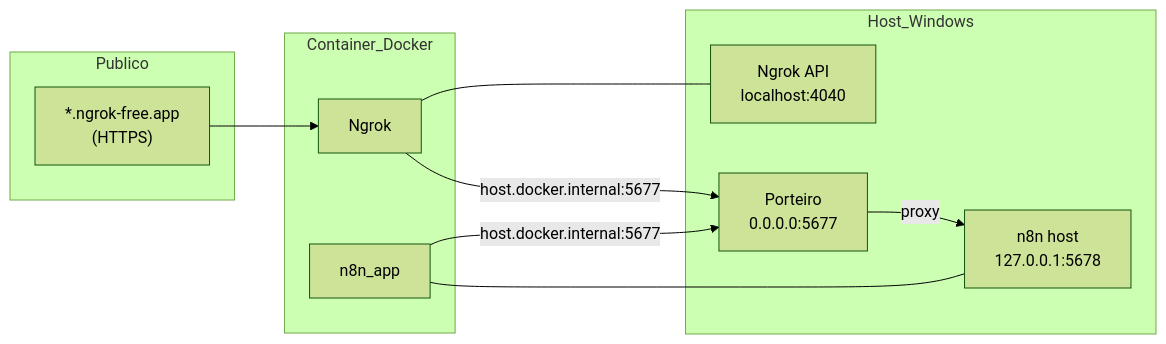
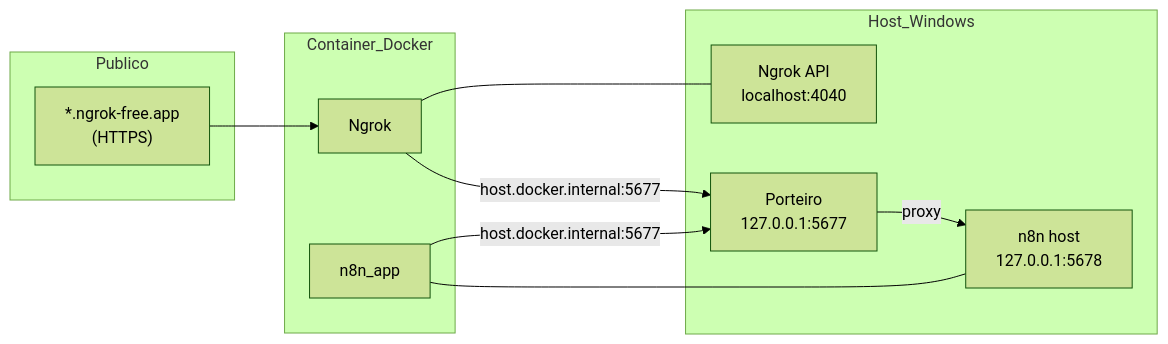
The ninth of 13 diagrams in DOCUMENTACAO.md (Zidszs/Zidsz-Board-POC), drawn with Mermaid (forest theme) before and after one commit. The commit also changed other lines of this file and 180 other files, not shown here.

````diff
--- a/DOCUMENTACAO.md
+++ b/DOCUMENTACAO.md
@@ -412,24 +420,24 @@
 ```mermaid
 graph LR
     subgraph Publico
         URL["*.ngrok-free.app<br/>(HTTPS)"]
     end
 
     subgraph Host_Windows
-        P5677["Porteiro<br/>0.0.0.0:5677"]
+        P5677["Porteiro<br/>127.0.0.1:5677"]
         N5678["n8n host<br/>127.0.0.1:5678"]
         API4040["Ngrok API<br/>localhost:4040"]
     end
 
     subgraph Container_Docker
         NGROK_C[Ngrok]
         N8N_C[n8n_app]
     end
 
     URL --> NGROK_C
     NGROK_C -->|host.docker.internal:5677| P5677
     P5677 -->|proxy| N5678
     N8N_C --- N5678
     NGROK_C --- API4040
     N8N_C -->|host.docker.internal:5677| P5677
 ```
````
